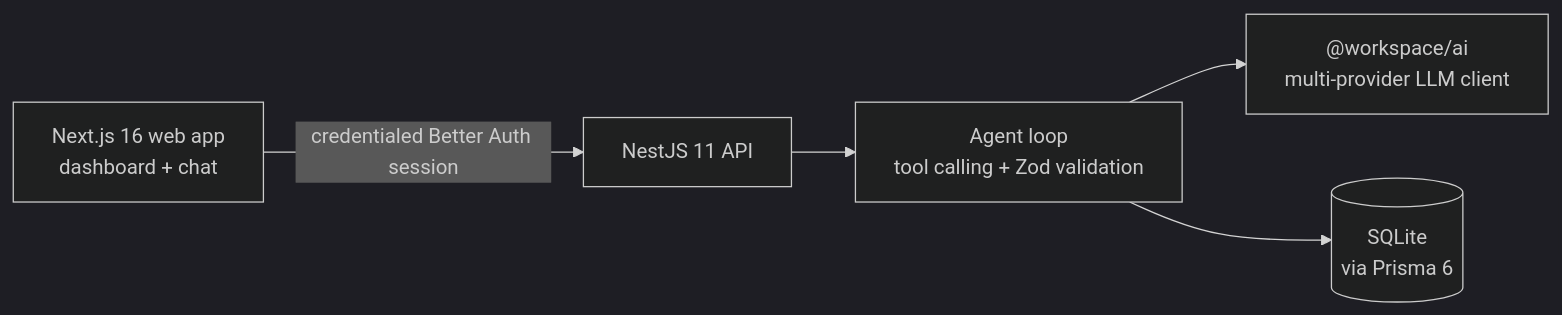
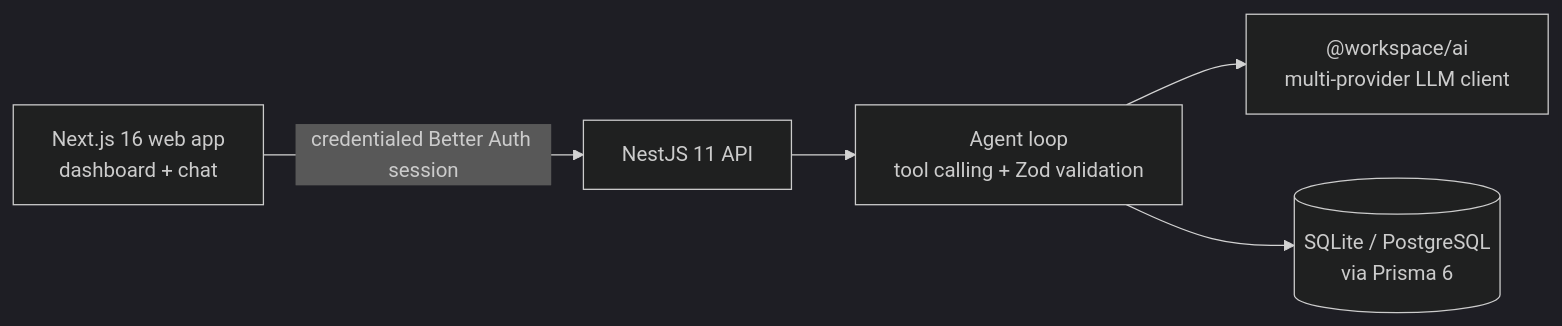
Before and after one commit to leodyversemilla07/aya: the diagram in README.md, drawn with Mermaid (dark theme). The commit also changed other lines of this file and 4 other files, not shown here.

````diff
--- a/README.md
+++ b/README.md
@@ -53,7 +53,7 @@
 ```mermaid
 flowchart LR
   Browser["Next.js 16 web app<br/>dashboard + chat"] -->|"credentialed Better Auth session"| API["NestJS 11 API"]
   API --> Agent["Agent loop<br/>tool calling + Zod validation"]
   Agent --> LLM["@workspace/ai<br/>multi-provider LLM client"]
-  Agent --> DB[("SQLite<br/>via Prisma 6")]
+  Agent --> DB[("SQLite / PostgreSQL<br/>via Prisma 6")]
 ```
````
